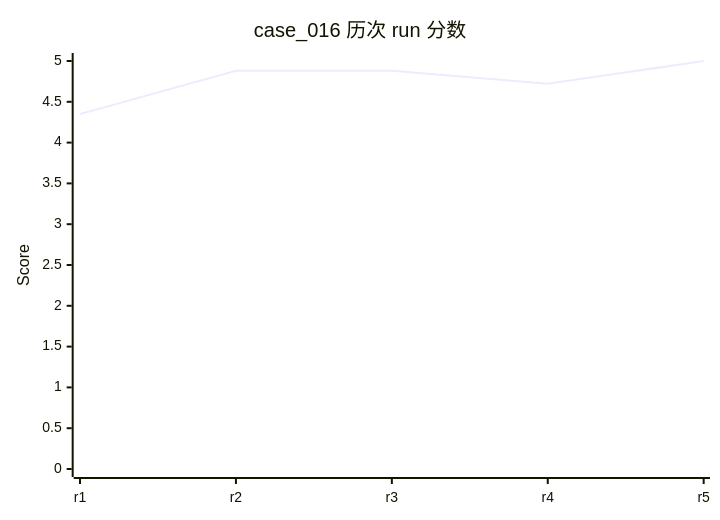
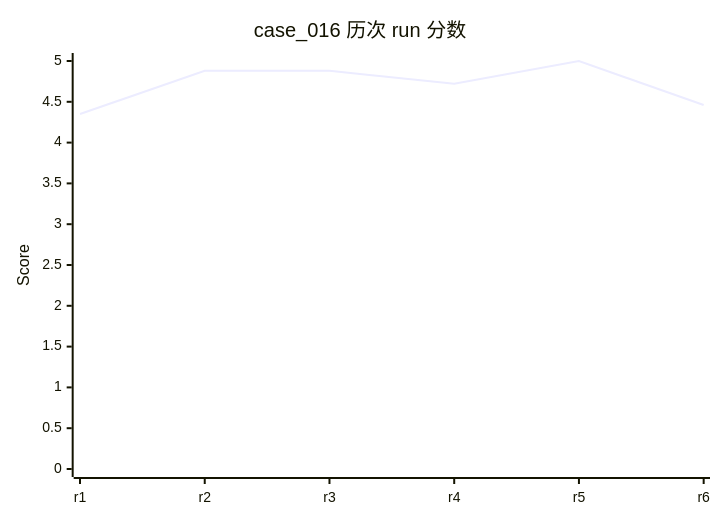
One commit to rushengzhou/sid-code changed diagram 20 of 58 in evals/DASHBOARD.md. Above: the diagram before and after it, drawn with Mermaid. The commit also changed other lines of this file and 108 other files, not shown here.

````diff
--- a/evals/DASHBOARD.md
+++ b/evals/DASHBOARD.md
@@ -461,7 +462,7 @@
 ```mermaid
 xychart-beta
     title "case_016 历次 run 分数"
-    x-axis [r1, r2, r3, r4, r5]
+    x-axis [r1, r2, r3, r4, r5, r6]
     y-axis "Score" 0 --> 5
-    line [4.35, 4.88, 4.88, 4.72, 5.00]
+    line [4.35, 4.88, 4.88, 4.72, 5.00, 4.46]
 ```
````
